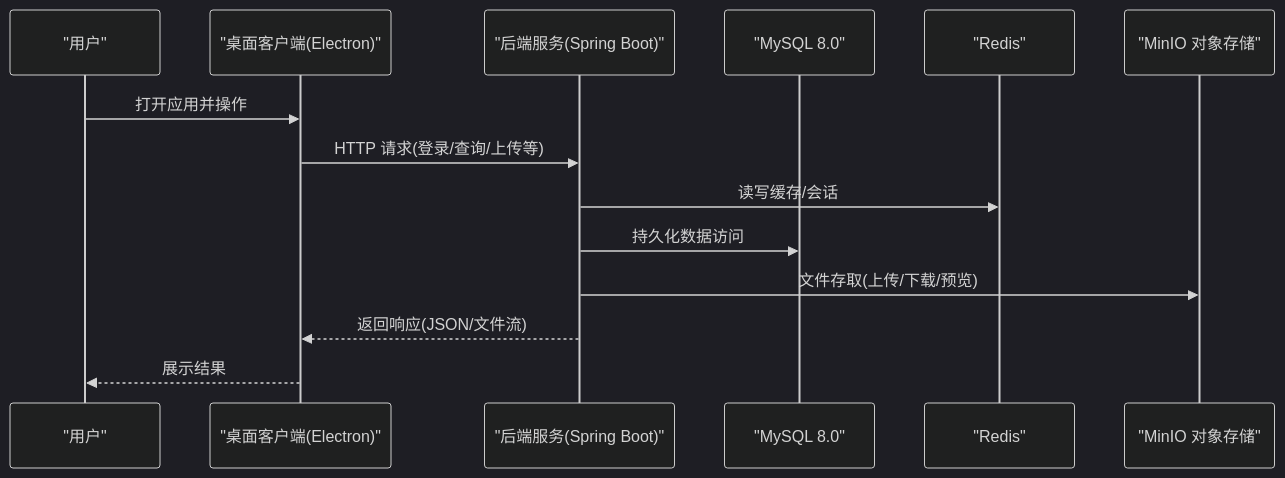
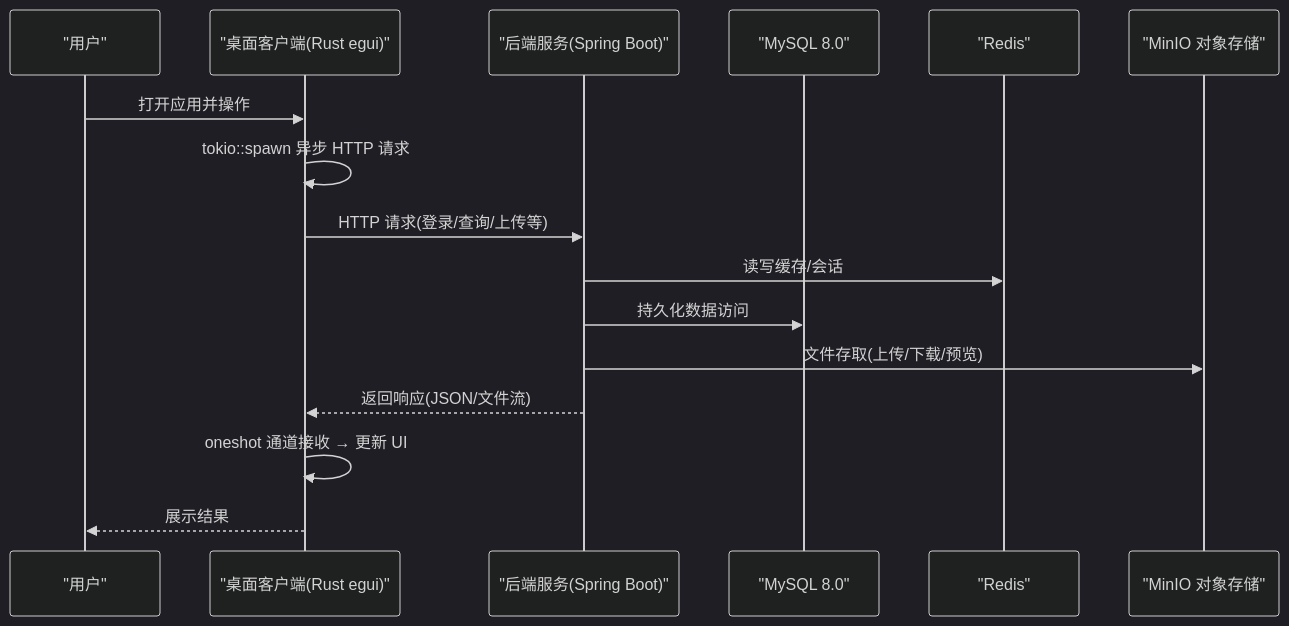
The second of 6 diagrams in repowiki/zh/content/快速开始.md (PezMax/PezMax-One), drawn with Mermaid (dark theme) before and after one commit. The commit also changed other lines of this file and 12 other files, not shown here.

First line of the commit message:
docs: 同步文档至 Rust + egui 原生架构

````diff
--- a/repowiki/zh/content/快速开始.md
+++ b/repowiki/zh/content/快速开始.md
@@ -100,16 +87,18 @@
 ```mermaid
 sequenceDiagram
 participant U as "用户"
-participant D as "桌面客户端(Electron)"
+participant D as "桌面客户端(Rust egui)"
 participant S as "后端服务(Spring Boot)"
 participant M as "MySQL 8.0"
 participant R as "Redis"
 participant O as "MinIO 对象存储"
 U->>D : 打开应用并操作
+D->>D : tokio::spawn 异步 HTTP 请求
 D->>S : HTTP 请求(登录/查询/上传等)
 S->>R : 读写缓存/会话
 S->>M : 持久化数据访问
 S->>O : 文件存取(上传/下载/预览)
 S-->>D : 返回响应(JSON/文件流)
+D->>D : oneshot 通道接收 → 更新 UI
 D-->>U : 展示结果
 ```
````
